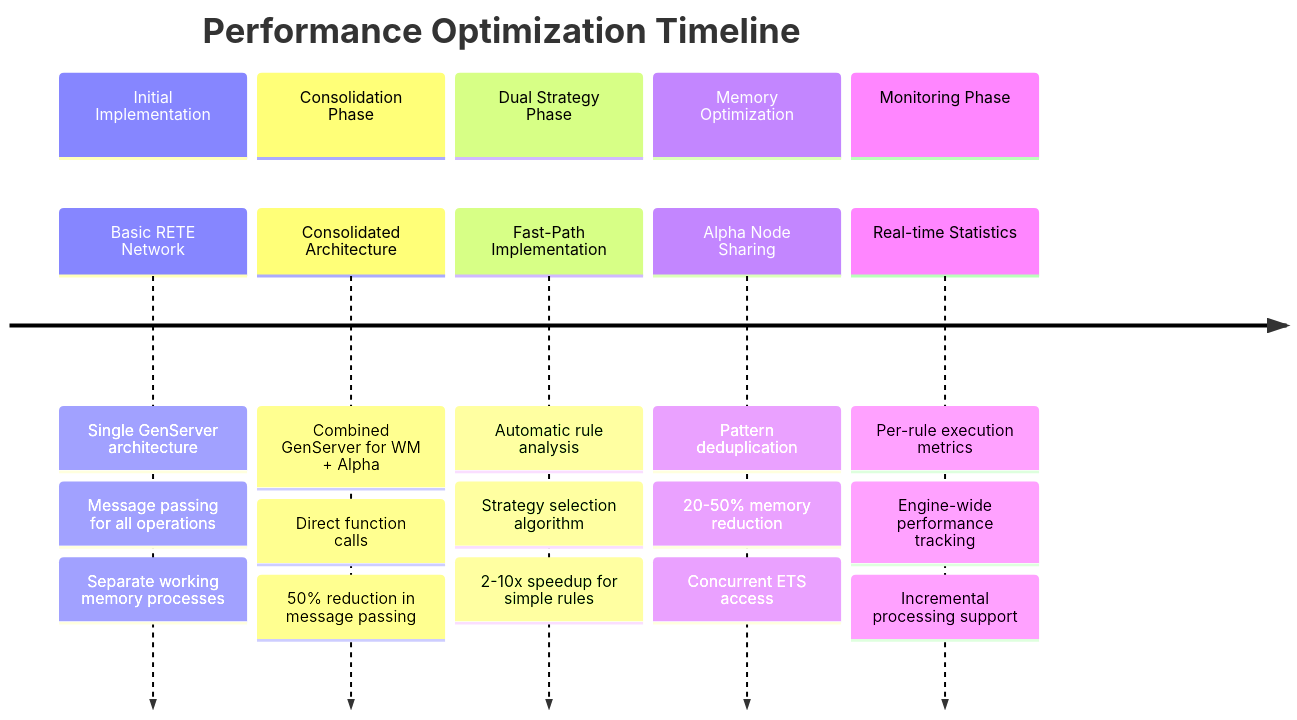
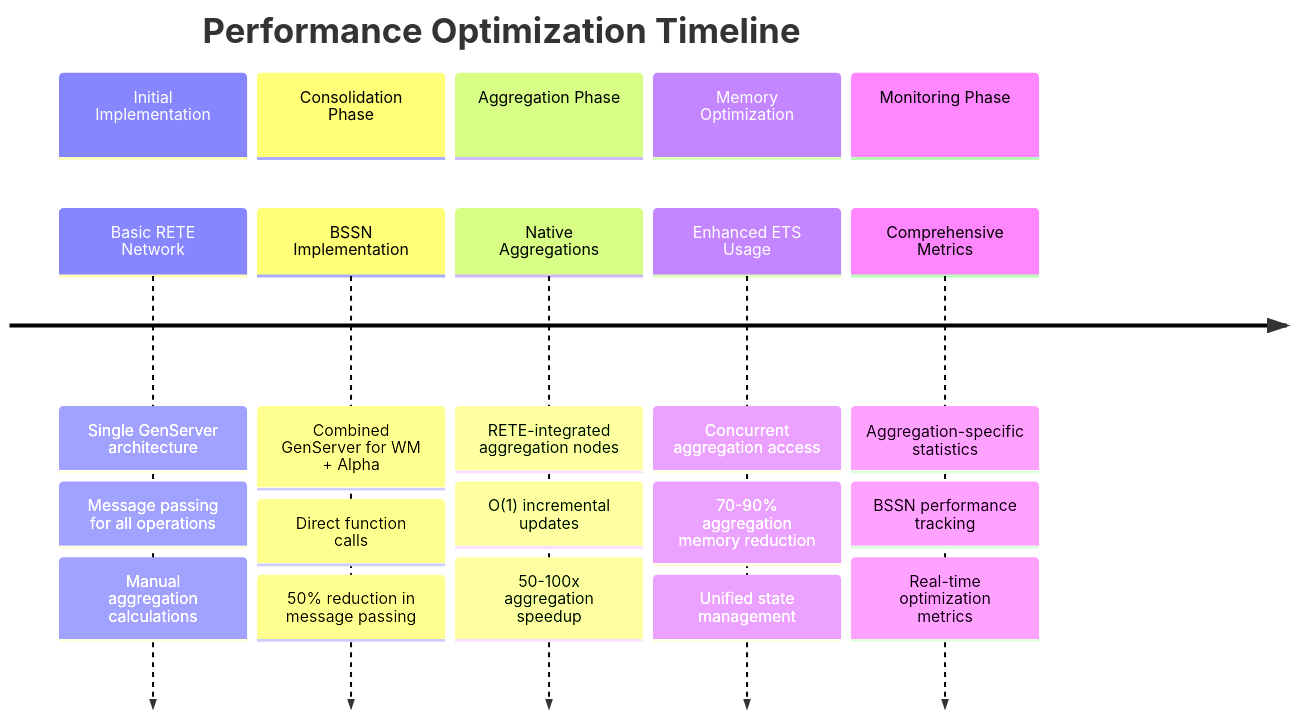
Before and after one commit to hl/presto: the fifth of 8 diagrams in specs/performance.md, drawn with Mermaid. The commit also changed other lines of this file and 11 other files, not shown here.

First line of the commit message:
docs: update all markdown files for BSSN simplification and RETE-native aggregations

````diff
--- a/specs/performance.md
+++ b/specs/performance.md
@@ -252,24 +388,24 @@
 ```mermaid
 timeline
     title Performance Optimization Timeline
     section Initial Implementation
         Basic RETE Network : Single GenServer architecture
                            : Message passing for all operations
-                           : Separate working memory processes
+                           : Manual aggregation calculations
     section Consolidation Phase
-        Consolidated Architecture : Combined GenServer for WM + Alpha
-                                 : Direct function calls
-                                 : 50% reduction in message passing
-    section Dual Strategy Phase
-        Fast-Path Implementation : Automatic rule analysis
-                                 : Strategy selection algorithm
-                                 : 2-10x speedup for simple rules
+        BSSN Implementation : Combined GenServer for WM + Alpha
+                            : Direct function calls
+                            : 50% reduction in message passing
+    section Aggregation Phase
+        Native Aggregations : RETE-integrated aggregation nodes
+                           : O(1) incremental updates
+                           : 50-100x aggregation speedup
     section Memory Optimization
-        Alpha Node Sharing : Pattern deduplication
-                          : 20-50% memory reduction
-                          : Concurrent ETS access
+        Enhanced ETS Usage : Concurrent aggregation access
+                          : 70-90% aggregation memory reduction
+                          : Unified state management
     section Monitoring Phase
-        Real-time Statistics : Per-rule execution metrics
-                            : Engine-wide performance tracking
-                            : Incremental processing support
+        Comprehensive Metrics : Aggregation-specific statistics
+                             : BSSN performance tracking
+                             : Real-time optimization metrics
 ```
````
